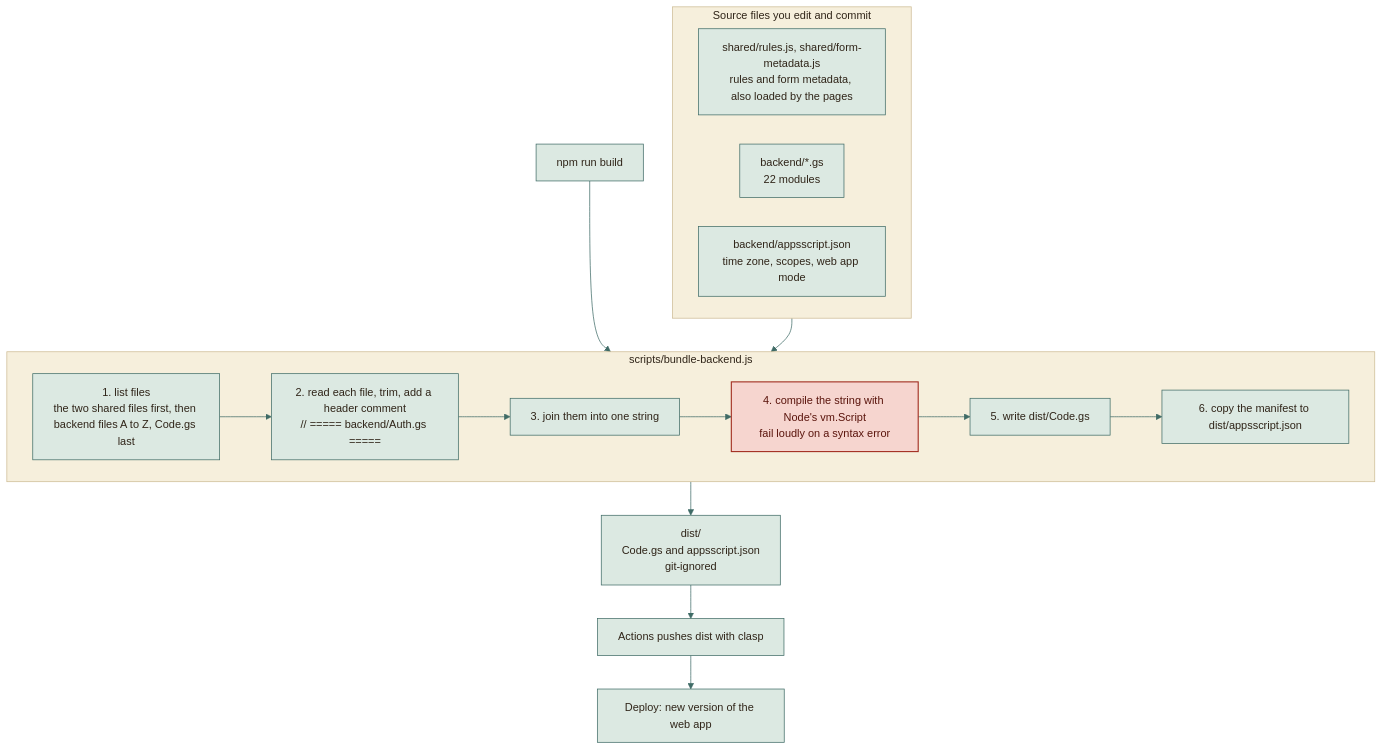
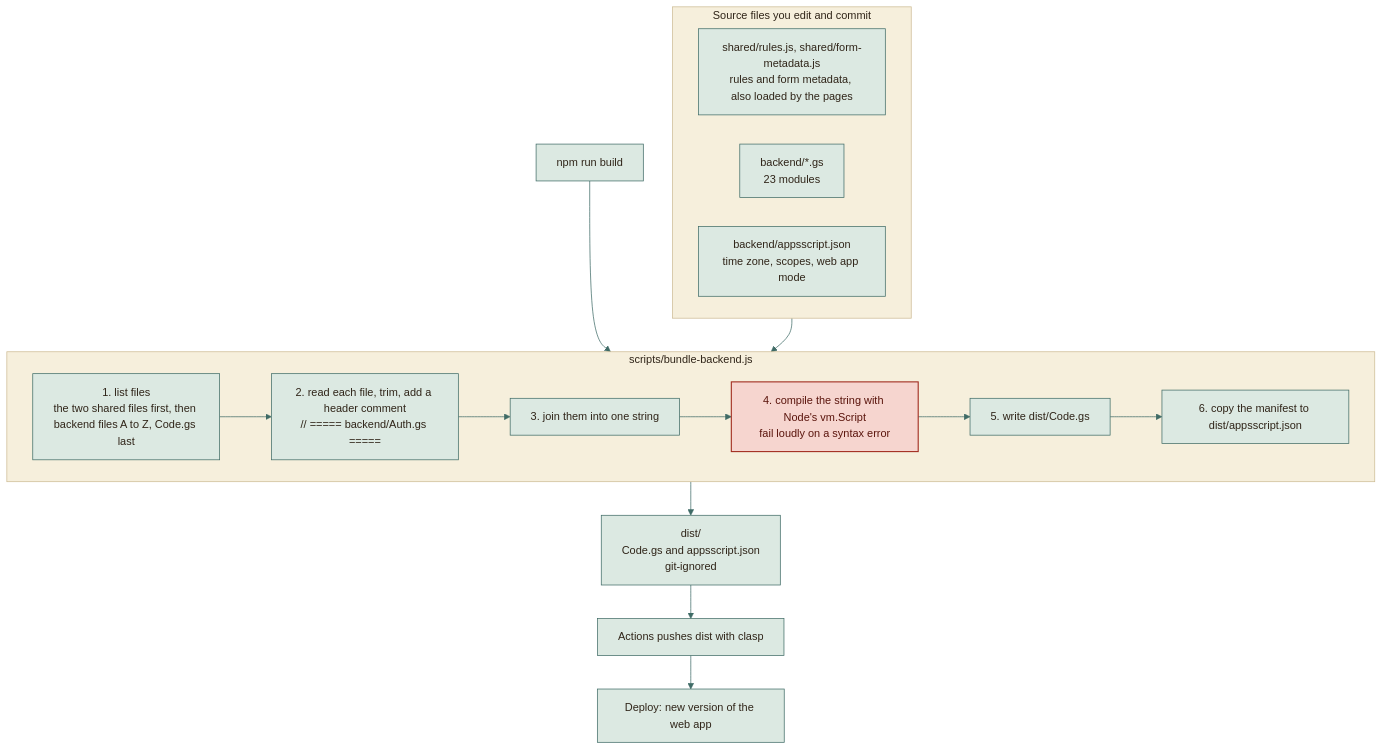
Before and after one commit to moyeh04/forms-platform: the first of 4 diagrams in docs/architecture/BUILD-PIPELINE.md, drawn with Mermaid. The commit also changed other lines of this file and 5 other files, not shown here.

````diff
--- a/docs/architecture/BUILD-PIPELINE.md
+++ b/docs/architecture/BUILD-PIPELINE.md
@@ -32,54 +32,54 @@
 ```mermaid
 %%{init: {
   'theme': 'base',
   'themeVariables': {
     'fontFamily': 'ui-sans-serif, system-ui, -apple-system, Segoe UI, Roboto, sans-serif',
     'fontSize': '15px',
     'primaryColor': '#DCE9E2', 'primaryBorderColor': '#3F6B66', 'primaryTextColor': '#2F2418',
     'secondaryColor': '#F0E4C8', 'secondaryBorderColor': '#C9A24A', 'secondaryTextColor': '#2F2418',
     'tertiaryColor': '#F6EFDC', 'tertiaryBorderColor': '#CDBB94', 'tertiaryTextColor': '#2F2418',
     'lineColor': '#3F6B66', 'textColor': '#2F2418', 'mainBkg': '#DCE9E2', 'nodeBorder': '#3F6B66',
     'clusterBkg': '#F6EFDC', 'clusterBorder': '#CDBB94', 'titleColor': '#2F2418',
     'edgeLabelBackground': '#F8F1DD',
     'actorBkg': '#DCE9E2', 'actorBorder': '#3F6B66', 'actorTextColor': '#2F2418', 'actorLineColor': '#8FB3AB',
     'signalColor': '#477A73', 'signalTextColor': '#477A73',
     'labelBoxBkgColor': '#F0E4C8', 'labelBoxBorderColor': '#C9A24A', 'labelTextColor': '#2F2418', 'loopTextColor': '#6A5A44',
     'noteBkgColor': '#FBEFC9', 'noteBorderColor': '#C9A24A', 'noteTextColor': '#2F2418',
     'activationBkgColor': '#DCE9E2', 'activationBorderColor': '#3F6B66', 'sequenceNumberColor': '#F8F1DD',
     'transitionColor': '#3F6B66', 'stateLabelColor': '#2F2418', 'stateBkg': '#DCE9E2', 'altBackground': '#F6EFDC',
     'attributeBackgroundColorOdd': '#F8F1DD', 'attributeBackgroundColorEven': '#F0E4C8'
   },
   'flowchart': {'curve': 'basis', 'padding': 14, 'nodeSpacing': 40, 'rankSpacing': 46},
   'sequence': {'mirrorActors': false, 'messageMargin': 34, 'boxMargin': 8}
 }}%%
 flowchart TD
     subgraph sources["Source files you edit and commit"]
         rules["shared/rules.js, shared/form-metadata.js<br/>rules and form metadata, also loaded by the pages"]
-        gs["backend/*.gs<br/>22 modules"]
+        gs["backend/*.gs<br/>23 modules"]
         manifest["backend/appsscript.json<br/>time zone, scopes, web app mode"]
     end
 
     cmd["npm run build"] --> bundler
 
     subgraph bundler["scripts/bundle-backend.js"]
         s1["1. list files<br/>the two shared files first, then backend files A to Z, Code.gs last"]
         s2["2. read each file, trim, add a header comment<br/>// ===== backend/Auth.gs ====="]
         s3["3. join them into one string"]
         s4["4. compile the string with Node's vm.Script<br/>fail loudly on a syntax error"]
         s5["5. write dist/Code.gs"]
         s6["6. copy the manifest to dist/appsscript.json"]
         s1 --> s2 --> s3 --> s4 --> s5 --> s6
     end
 
     sources --> bundler
     bundler --> dist["dist/<br/>Code.gs and appsscript.json<br/>git-ignored"]
     dist --> push["Actions pushes dist with clasp"]
     push --> live["Deploy: new version of the web app"]
     classDef cDb fill:#F3E2B3,stroke:#B8892D,stroke-width:1.5px,color:#2F2418
     classDef cActor fill:#F4D9D3,stroke:#9A3328,stroke-width:1.5px,color:#2F2418
     classDef cDec fill:#FBEFC9,stroke:#C9A24A,stroke-width:1.5px,color:#2F2418
     classDef cEnd fill:#2F2418,stroke:#2F2418,color:#F8F1DD
     classDef cErr fill:#F6D5CF,stroke:#A12B1F,stroke-width:1.5px,color:#5A140C
     classDef cOk fill:#BFD9CF,stroke:#2E5A55,stroke-width:1.5px,color:#17302D
     class s4 cErr
 ```
````
